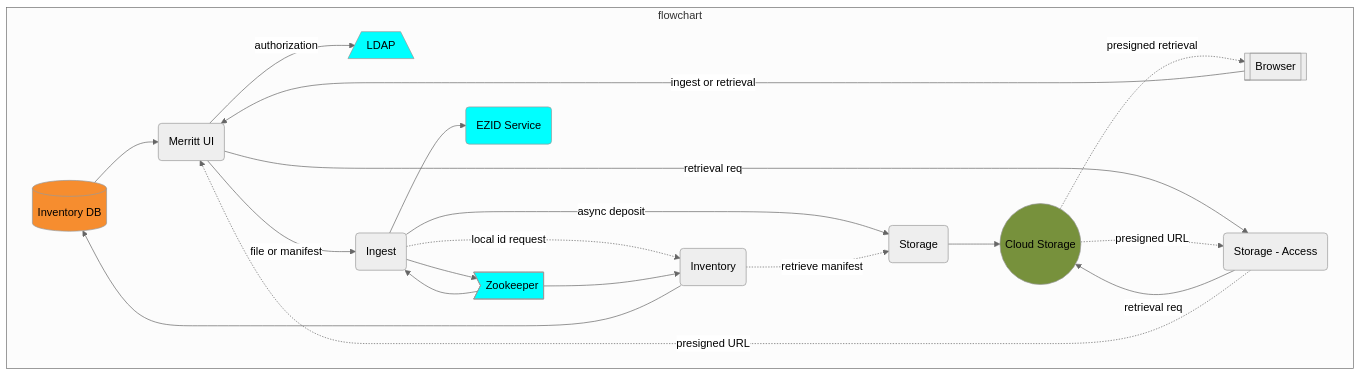
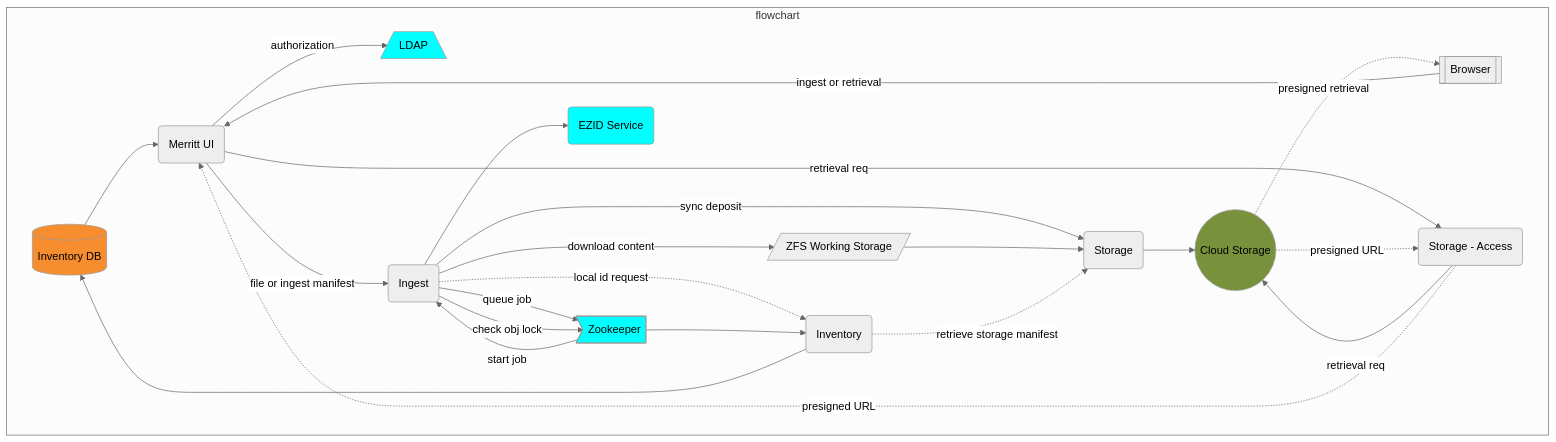
One commit to CDLUC3/mrt-doc changed the first of 2 diagrams in README.md. Above: the diagram before and after it, drawn with Mermaid.

````diff
--- a/README.md
+++ b/README.md
@@ -19,52 +19,56 @@
 ```mermaid
 %%{init: {'theme': 'neutral', 'securityLevel': 'loose', 'themeVariables': {'fontFamily': 'arial'}}}%%
 graph TD
   RDS[(Inventory DB)]
   UI("Merritt UI")
   click UI href "https://github.com/CDLUC3/mrt-dashboard" "source code"
   ING(Ingest)
   click ING href "https://github.com/CDLUC3/mrt-ingest" "source code"
   ST(Storage)
   click ST href "https://github.com/CDLUC3/mrt-store" "source code"
   STACC(Storage - Access)
   click STACC href "https://github.com/CDLUC3/mrt-store" "source code"
   INV(Inventory)
   click INV href "https://github.com/CDLUC3/mrt-inventory" "source code"
   CLOUD(("Cloud Storage"))
   click CLOUD href "https://github.com/CDLUC3/mrt-cloud" "source code"
   LDAP[/LDAP\]
+  ZFS[/ZFS Working Storage/]
   ZOO>Zookeeper]
   click ZOO href "https://github.com/CDLUC3/mrt-zoo" "source code"
   EZID(EZID Service)
   click EZID href "https://ezid.cdlib.org/" "service link"
   BROWSER[[Browser]]
 
   subgraph flowchart
     BROWSER --> |ingest or retrieval| UI
     UI --> |authorization| LDAP
     RDS --> UI
-    UI --> |"file or manifest"| ING
-    ING --> ZOO
-    ZOO --> ING
+    UI --> |"file or ingest manifest"| ING
+    ING --> |queue job| ZOO
+    ING --> |check obj lock| ZOO
+    ZOO --> |start job| ING
     ING -.-> |local id request| INV
     ING --> EZID
-    ING --> |"async deposit"| ST
+    ING --> |download content| ZFS
+    ING --> |"sync deposit"| ST
     ST --> CLOUD
+    ZFS --> ST
     ZOO --> INV
-    INV -.-> |retrieve manifest| ST
+    INV -.-> |retrieve storage manifest| ST
     INV --> RDS
     UI ---> |retrieval req| STACC
     STACC --> |retrieval req| CLOUD
     CLOUD -.-> |presigned URL| STACC
     STACC -.-> |presigned URL| UI
     CLOUD -.-> |presigned retrieval| BROWSER
   end
 
   style CLOUD fill:#77913C
   style RDS fill:#F68D2F
   style LDAP fill:cyan
   style ZOO fill:cyan
   style EZID fill:cyan
   
   classDef FOCUS stroke:red,stroke-width:5px,fill:yellow
 ```
````
